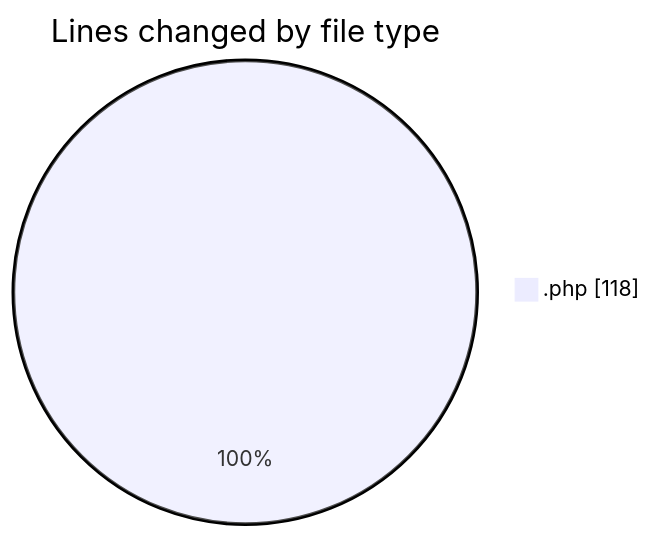
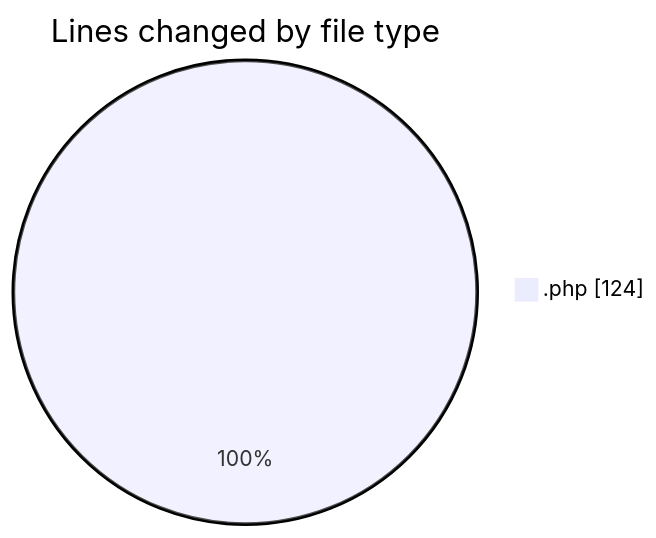
Before and after one commit to LanceThiago/code-tracking: the first of 2 diagrams in 2025-06-05/web/README.md, drawn with Mermaid. The commit also changed other lines of this file and 1 other file, not shown here.

````diff
--- a/2025-06-05/web/README.md
+++ b/2025-06-05/web/README.md
@@ -20,5 +20,5 @@
 ```mermaid
 pie showData
 title Lines changed by file type
-".php" : 118
+".php" : 124
 ```
````
